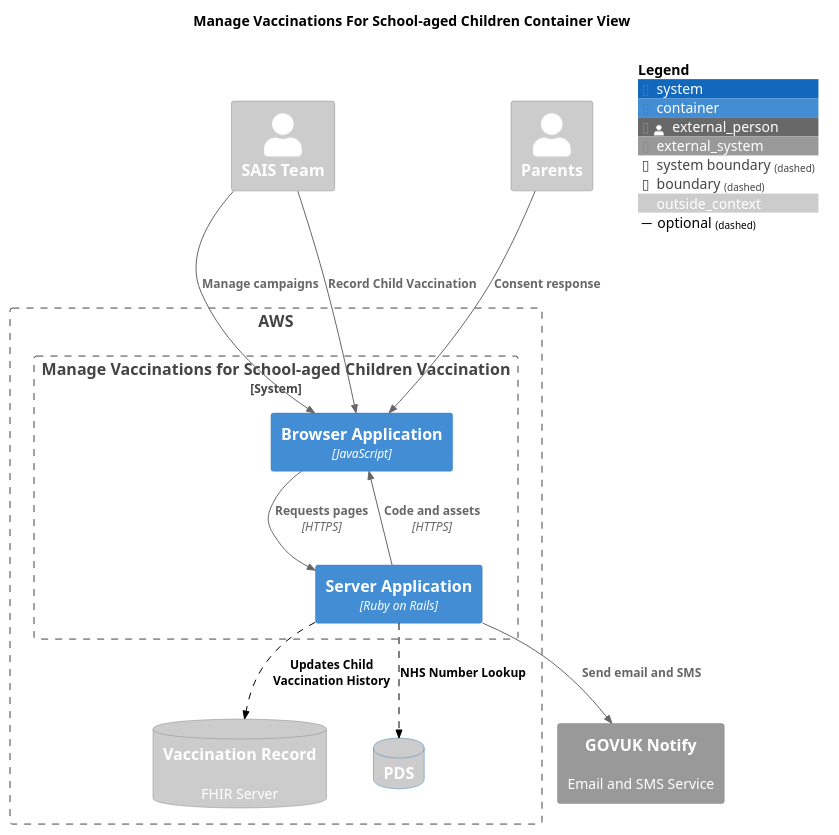
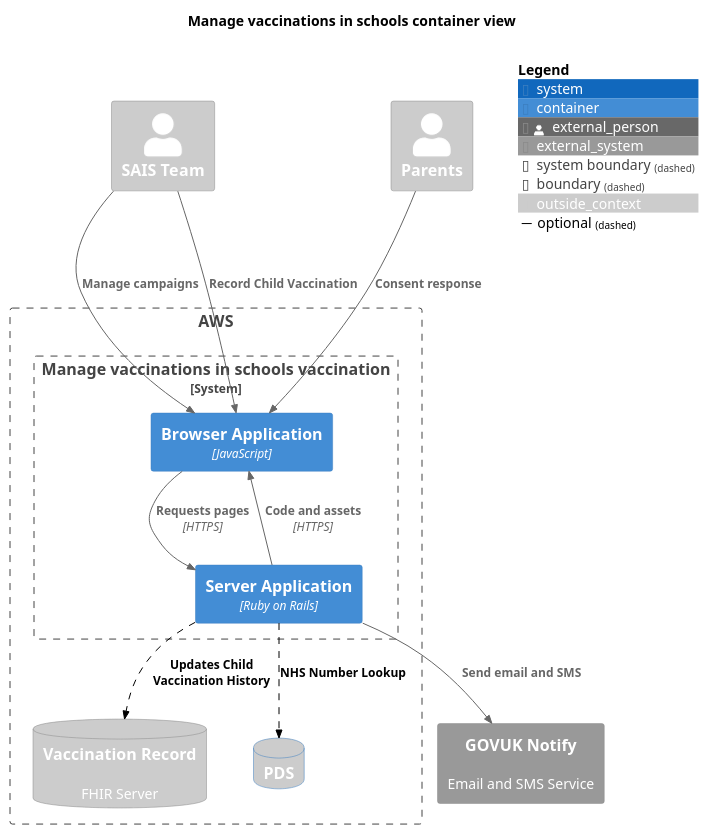
One commit to nhsuk/manage-vaccinations-in-schools changed the diagram in docs/diagrams/container-view-future.puml. Above: the diagram before and after it, drawn with PlantUML. The commit also changed 20 other files, not shown here.

```diff
--- a/docs/diagrams/container-view-future.puml
+++ b/docs/diagrams/container-view-future.puml
@@ -1,41 +1,41 @@
 @startuml
 
 !include <C4/C4_Container.puml>
 
 LAYOUT_TOP_DOWN()
 
-title "Manage Vaccinations For School-aged Children Container View"
+title "Manage vaccinations in schools container view"
 
 AddElementTag("outside_context", $bgColor="#CCC", $fontColor="#FFF")
 
 Person_Ext(sais, "SAIS Team", $tags="outside_context")
 Person_Ext(parents, "Parents", $tags="outside_context")
 
 Boundary(aws, "AWS") {
-  System_Boundary(manage, "Manage Vaccinations for School-aged Children Vaccination", "") {
+  System_Boundary(manage, "Manage vaccinations in schools vaccination", "") {
     Container(browser, "Browser Application", "JavaScript")
     Container(server, "Server Application", "Ruby on Rails")
   }
 
   SystemDb_Ext(vaccineRecord, "Vaccination Record", "FHIR Server")
   SystemDb_Ext(pds, "PDS", "")
 }
 
 System_Ext(govukNotify, "GOVUK Notify", "Email and SMS Service")
 SystemDb_Ext(vaccineRecord, "Vaccination Record", "FHIR Server", $tags="outside_context")
 SystemDb(pds, "PDS", "", $tags="outside_context")
 
 AddRelTag("optional", $textColor="black", $lineColor="black", $lineStyle="dashed")
 
 Rel(server, browser, "Code and assets", "HTTPS")
 Rel(browser, server, "Requests pages", "HTTPS")
 Rel(sais, browser, "Manage campaigns")
 Rel(sais, browser, "Record Child Vaccination")
 Rel(parents, browser, "Consent response")
 Rel(server, govukNotify, "Send email and SMS")
 Rel(server, vaccineRecord, "Updates Child Vaccination History", $tags="optional")
 Rel(server, pds, "NHS Number Lookup", $tags="optional")
 
 SHOW_FLOATING_LEGEND()
 
 @enduml
```
